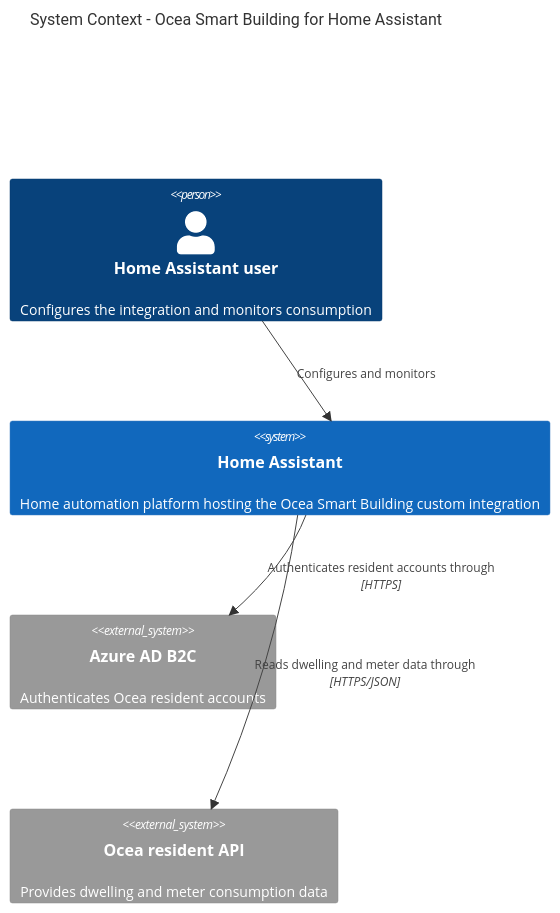
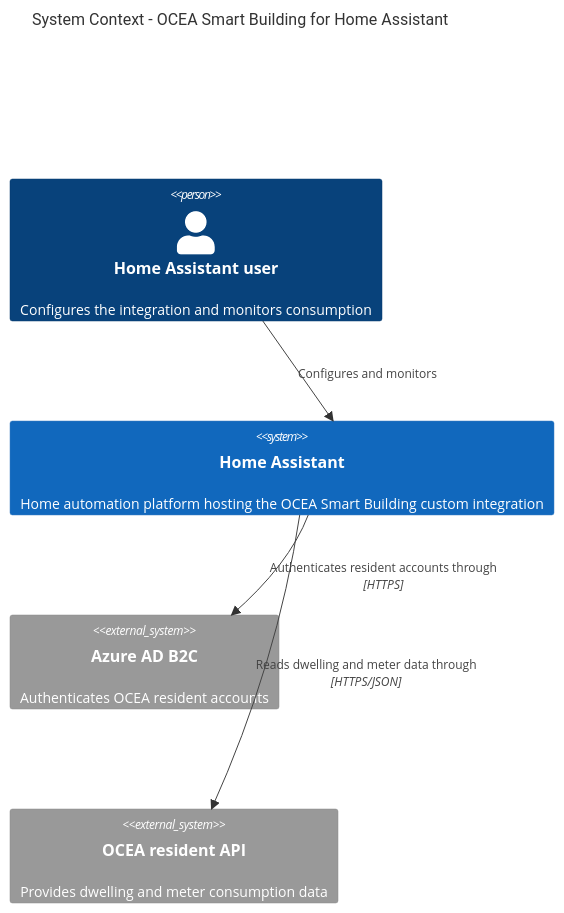
Before and after one commit to Triskae/ha_ocea_smart_building: the first of 3 diagrams in docs/architecture.md, drawn with Mermaid. The commit also changed other lines of this file and 40 other files, not shown here.

Commit message:
feat: update branding from "Ocea" to "OCEA" across the integration

````diff
--- a/docs/architecture.md
+++ b/docs/architecture.md
@@ -10,13 +10,13 @@
 ```mermaid
 C4Context
-  title System Context - Ocea Smart Building for Home Assistant
+  title System Context - OCEA Smart Building for Home Assistant
 
   Person(user, "Home Assistant user", "Configures the integration and monitors consumption")
-  System(homeAssistant, "Home Assistant", "Home automation platform hosting the Ocea Smart Building custom integration")
-  System_Ext(b2c, "Azure AD B2C", "Authenticates Ocea resident accounts")
-  System_Ext(oceaApi, "Ocea resident API", "Provides dwelling and meter consumption data")
+  System(homeAssistant, "Home Assistant", "Home automation platform hosting the OCEA Smart Building custom integration")
+  System_Ext(b2c, "Azure AD B2C", "Authenticates OCEA resident accounts")
+  System_Ext(oceaApi, "OCEA resident API", "Provides dwelling and meter consumption data")
 
   Rel(user, homeAssistant, "Configures and monitors")
   Rel(homeAssistant, b2c, "Authenticates resident accounts through", "HTTPS")
   Rel(homeAssistant, oceaApi, "Reads dwelling and meter data through", "HTTPS/JSON")
 ```
````
